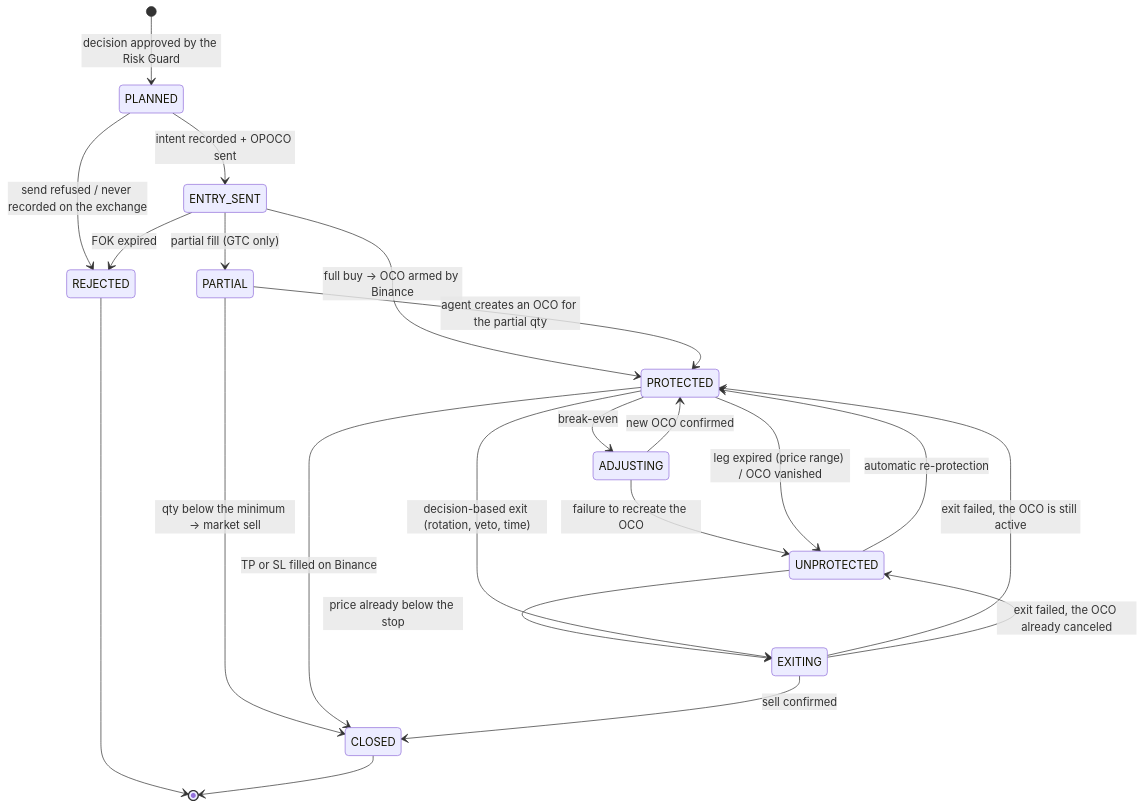
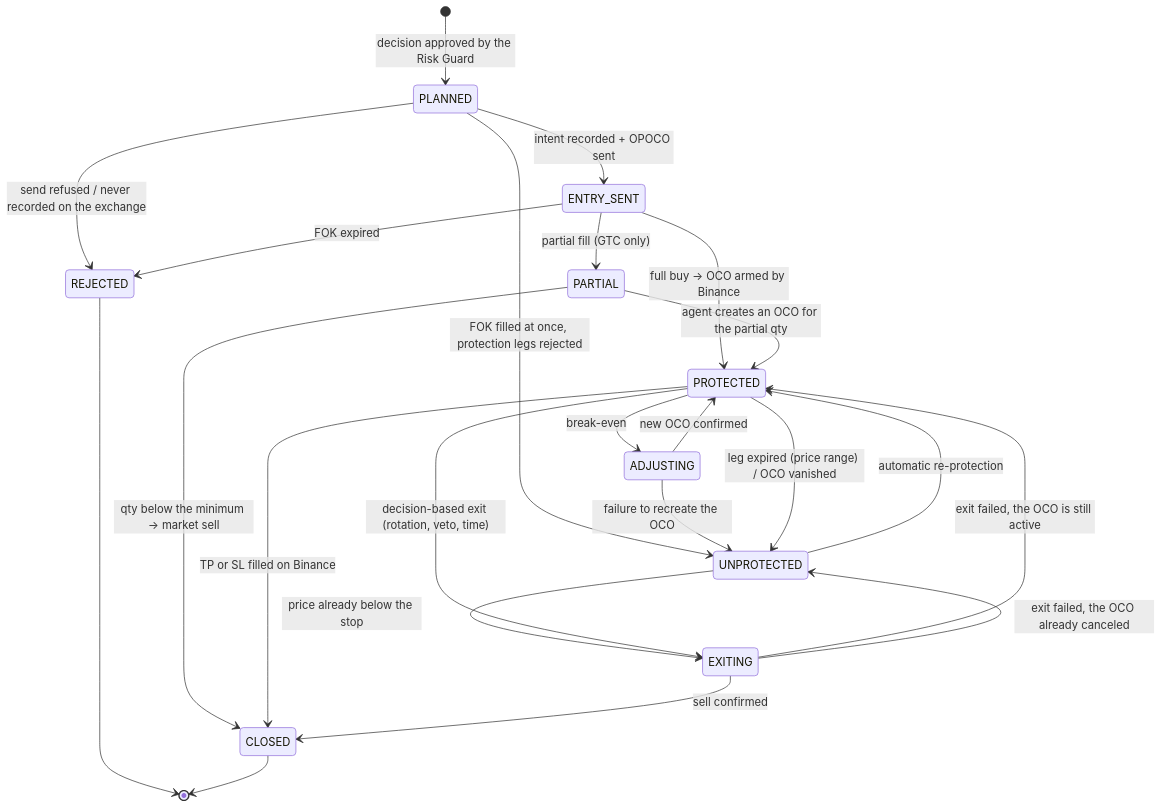
One commit to matheusneder/ai-trade-agent changed the third of 4 diagrams in doc/03-architecture.md. Above: the diagram before and after it, drawn with Mermaid. The commit also changed 5 other files, not shown here.

First line of the commit message:
Allow planned → unprotected when a FOK entry's protection is rejected

````diff
--- a/doc/03-architecture.md
+++ b/doc/03-architecture.md
@@ -441,24 +441,25 @@
 ```mermaid
 stateDiagram-v2
   [*] --> PLANNED: decision approved by the Risk Guard
   PLANNED --> ENTRY_SENT: intent recorded + OPOCO sent
   PLANNED --> REJECTED: send refused / never recorded on the exchange
   ENTRY_SENT --> REJECTED: FOK expired
   ENTRY_SENT --> PARTIAL: partial fill (GTC only)
   ENTRY_SENT --> PROTECTED: full buy → OCO armed by Binance
+  PLANNED --> UNPROTECTED: FOK filled at once, protection legs rejected
   PARTIAL --> PROTECTED: agent creates an OCO for the partial qty
   PARTIAL --> CLOSED: qty below the minimum → market sell
   PROTECTED --> ADJUSTING: break-even
   ADJUSTING --> PROTECTED: new OCO confirmed
   ADJUSTING --> UNPROTECTED: failure to recreate the OCO
   PROTECTED --> UNPROTECTED: leg expired (price range) / OCO vanished
   UNPROTECTED --> PROTECTED: automatic re-protection
   UNPROTECTED --> EXITING: price already below the stop
   PROTECTED --> EXITING: decision-based exit (rotation, veto, time)
   PROTECTED --> CLOSED: TP or SL filled on Binance
   EXITING --> CLOSED: sell confirmed
   EXITING --> PROTECTED: exit failed, the OCO is still active
   EXITING --> UNPROTECTED: exit failed, the OCO already canceled
   REJECTED --> [*]
   CLOSED --> [*]
 ```
````
